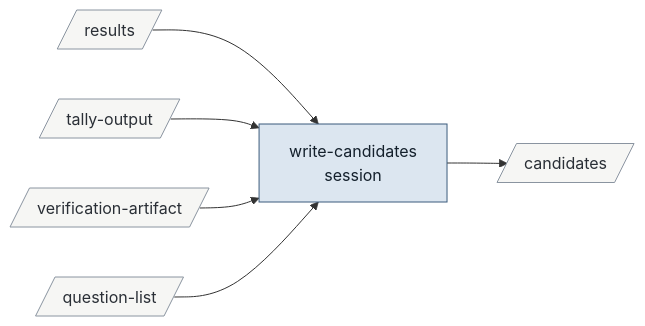
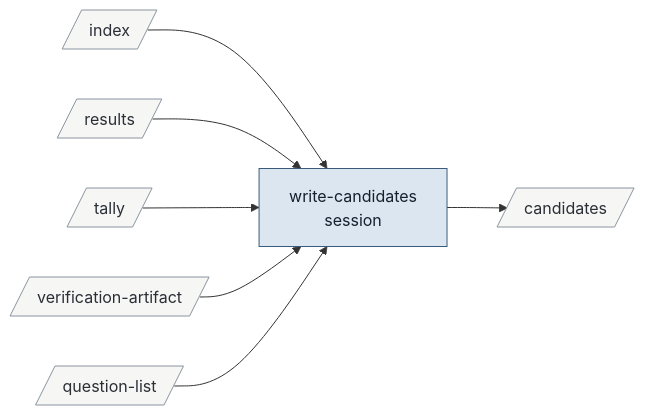
One commit to bc414/StoryPlanner changed the seventh of 15 diagrams in .claude/skills/v3-buildout-2/map.md. Above: the diagram before and after it, drawn with Mermaid. The commit also changed other lines of this file and 29 other files, not shown here.

````diff
--- a/.claude/skills/v3-buildout-2/map.md
+++ b/.claude/skills/v3-buildout-2/map.md
@@ -256,21 +243,23 @@
 ```mermaid
 flowchart LR
   classDef hitl fill:#e9d8e4,stroke:#7a3e6d,color:#2b1a27
   classDef session fill:#dce6f0,stroke:#3b5b7c,color:#14202c
   classDef agent fill:#f5e6c8,stroke:#b7791f,color:#3a2a08
   classDef artifact fill:#f6f6f4,stroke:#8a94a0,color:#2a2f36
   classDef activity fill:#dcebdd,stroke:#4b7f52,color:#122816
   classDef terminus fill:#e4e4ea,stroke:#5b5b7a,color:#1c1c2c
   writecandidates["write-candidates<br/>session"]:::session
   candidates[/"candidates"/]:::artifact
+  index[/"index"/]:::artifact
   questionlist[/"question-list"/]:::artifact
   results[/"results"/]:::artifact
-  tallyoutput[/"tally-output"/]:::artifact
+  tally[/"tally"/]:::artifact
   verificationartifact[/"verification-artifact"/]:::artifact
 
+  index --> writecandidates
   results --> writecandidates
-  tallyoutput --> writecandidates
+  tally --> writecandidates
   verificationartifact --> writecandidates
   questionlist --> writecandidates
   writecandidates --> candidates
 ```
````
